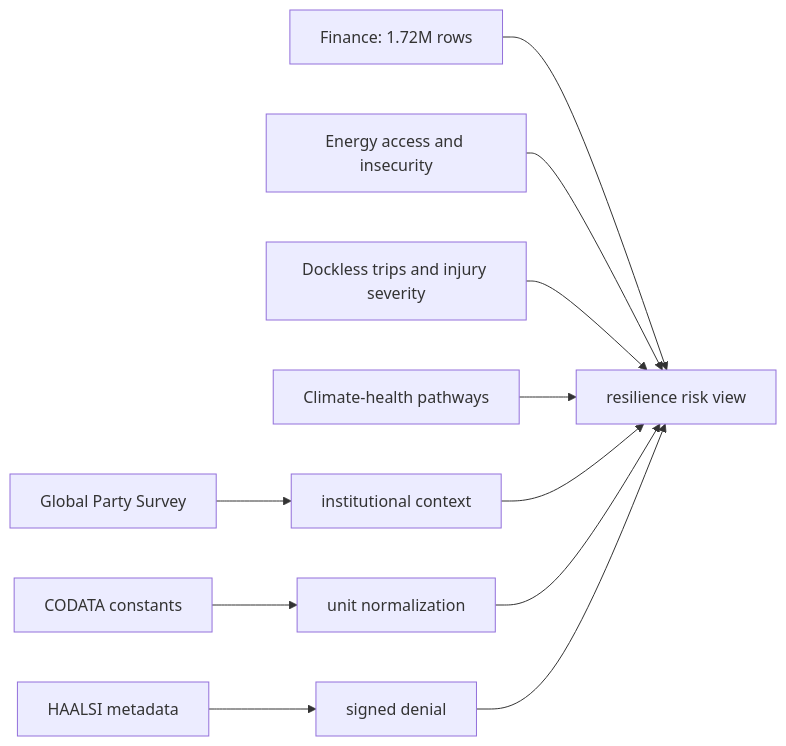
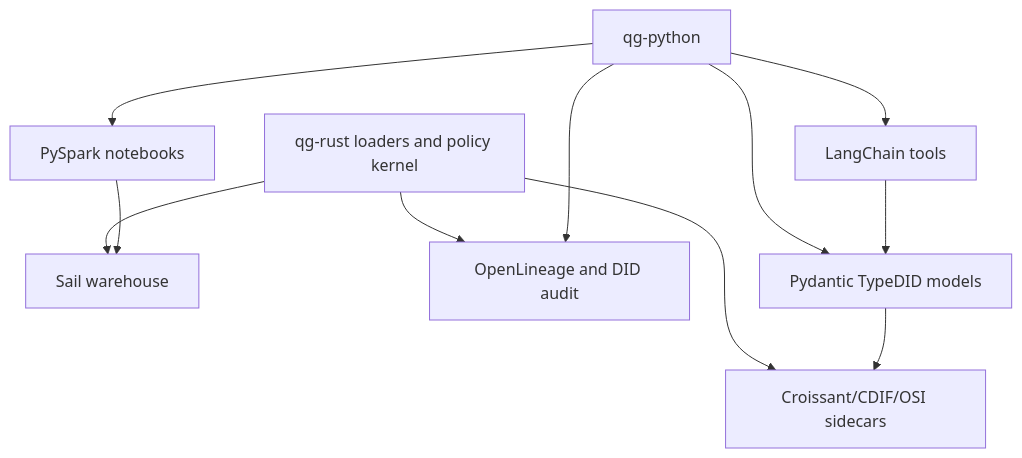
Before and after one commit to querygraph/qg-rust: the diagram in docs/book/diagrams/diagram-14.mmd, drawn with Mermaid. The commit also changed 71 other files, not shown here.

```diff
--- a/docs/book/diagrams/diagram-14.mmd
+++ b/docs/book/diagrams/diagram-14.mmd
@@ -1,11 +1,11 @@
-flowchart LR
-    Finance["Finance: 1.72M rows"] --> Risk["resilience risk view"]
-    Energy["Energy access and insecurity"] --> Risk
-    Mobility["Dockless trips and injury severity"] --> Risk
-    Climate["Climate-health pathways"] --> Risk
-    Social["Global Party Survey"] --> Context["institutional context"]
-    Reference["CODATA constants"] --> Normalize["unit normalization"]
-    Restricted["HAALSI metadata"] --> Denial["signed denial"]
-    Context --> Risk
-    Normalize --> Risk
-    Denial --> Risk
+flowchart TD
+    Rust["qg-rust loaders and policy kernel"] --> Sail["Sail warehouse"]
+    Rust --> Sidecars["Croissant/CDIF/OSI sidecars"]
+    Rust --> Audit["OpenLineage and DID audit"]
+    Python["qg-python"] --> PySpark["PySpark notebooks"]
+    Python --> Pydantic["Pydantic TypeDID models"]
+    Python --> LangChain["LangChain tools"]
+    PySpark --> Sail
+    Pydantic --> Sidecars
+    LangChain --> Pydantic
+    Python --> Audit
```
